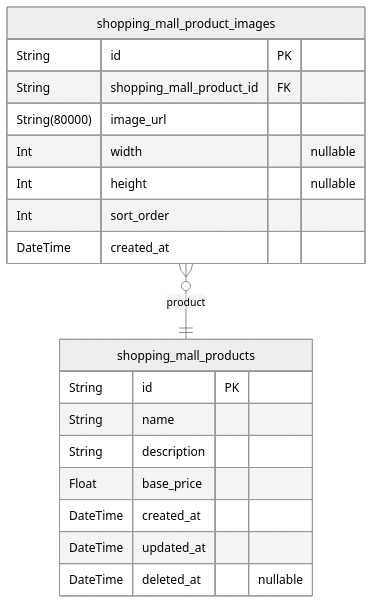
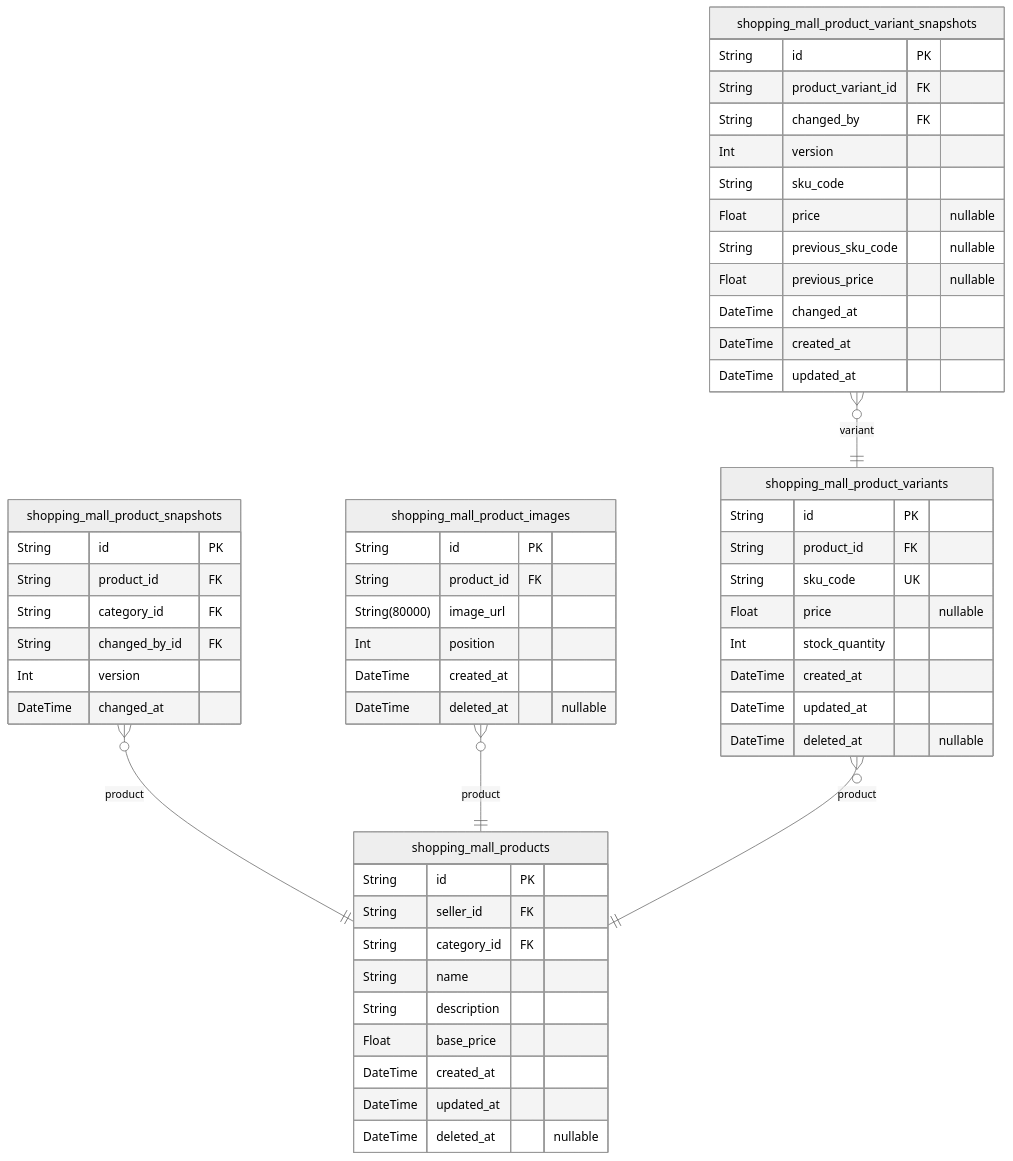
Before and after one commit to wrtnlabs/autobe-examples: the third of 10 diagrams in qwen/qwen3-next-80b-a3b-instruct/shopping/docs/ERD.md, drawn with Mermaid (neutral theme). The commit also changed other lines of this file and 25939 other files, not shown here.

````diff
--- a/qwen/qwen3-next-80b-a3b-instruct/shopping/docs/ERD.md
+++ b/qwen/qwen3-next-80b-a3b-instruct/shopping/docs/ERD.md
@@ -752,22 +672,57 @@
 ```mermaid
 erDiagram
 "shopping_mall_products" {
   String id PK
+  String seller_id FK
+  String category_id FK
   String name
   String description
   Float base_price
   DateTime created_at
   DateTime updated_at
   DateTime deleted_at "nullable"
 }
+"shopping_mall_product_snapshots" {
+  String id PK
+  String product_id FK
+  String category_id FK
+  String changed_by_id FK
+  Int version
+  DateTime changed_at
+}
 "shopping_mall_product_images" {
   String id PK
-  String shopping_mall_product_id FK
+  String product_id FK
   String(80000) image_url
-  Int width "nullable"
-  Int height "nullable"
-  Int sort_order
+  Int position
   DateTime created_at
+  DateTime deleted_at "nullable"
 }
+"shopping_mall_product_variants" {
+  String id PK
+  String product_id FK
+  String sku_code UK
+  Float price "nullable"
+  Int stock_quantity
+  DateTime created_at
+  DateTime updated_at
+  DateTime deleted_at "nullable"
+}
+"shopping_mall_product_variant_snapshots" {
+  String id PK
+  String product_variant_id FK
+  String changed_by FK
+  Int version
+  String sku_code
+  Float price "nullable"
+  String previous_sku_code "nullable"
+  Float previous_price "nullable"
+  DateTime changed_at
+  DateTime created_at
+  DateTime updated_at
+}
+"shopping_mall_product_snapshots" }o--|| "shopping_mall_products" : product
 "shopping_mall_product_images" }o--|| "shopping_mall_products" : product
+"shopping_mall_product_variants" }o--|| "shopping_mall_products" : product
+"shopping_mall_product_variant_snapshots" }o--|| "shopping_mall_product_variants" : variant
 ```
````
